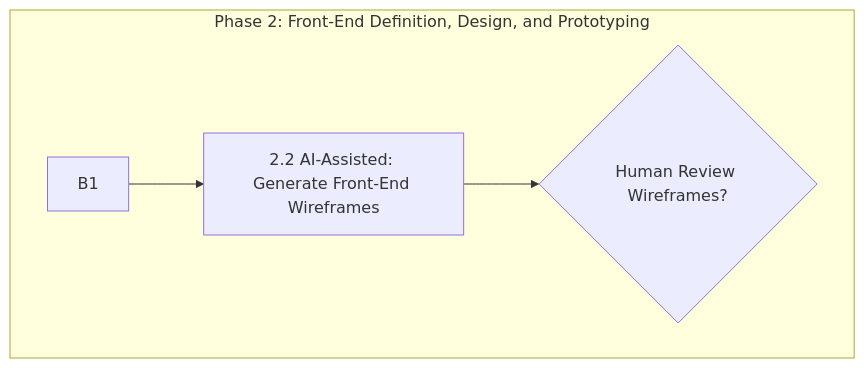
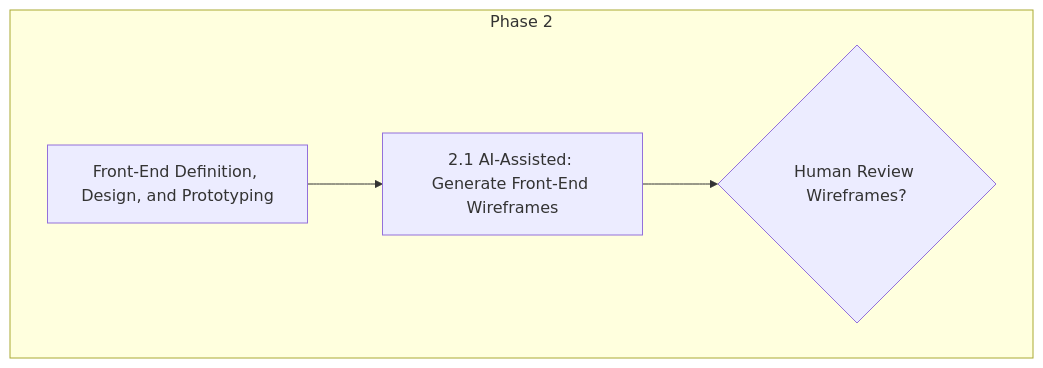
Before and after one commit to Mharbulous/Front-First-Method: the diagram in Method/FF-phase2.md, drawn with Mermaid.

````diff
--- a/Method/FF-phase2.md
+++ b/Method/FF-phase2.md
@@ -1,10 +1,10 @@
 ```mermaid
 graph TD
     
     
-    subgraph Phase1 ["Phase 2: Front-End Definition, Design, and Prototyping"]
-                B1 --> B2["2.2 AI-Assisted: Generate Front-End Wireframes"]
-                B2 --> B2_Val{"Human Review Wireframes?"}
+    subgraph Phase1 ["Phase 2"]
+        B1["Front-End Definition, Design, and Prototyping"] --> B2["2.1 AI-Assisted: Generate Front-End Wireframes"]
+        B2 --> B3_Val{"Human Review Wireframes?"}
         
     end
 ```
````
